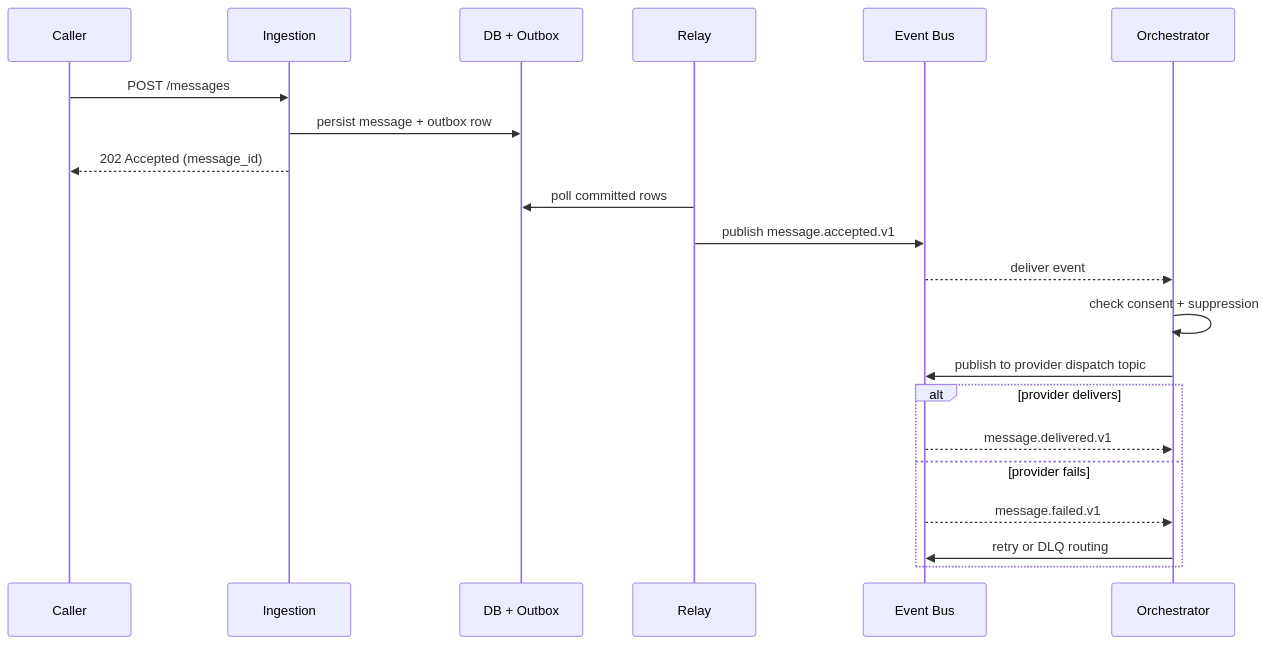
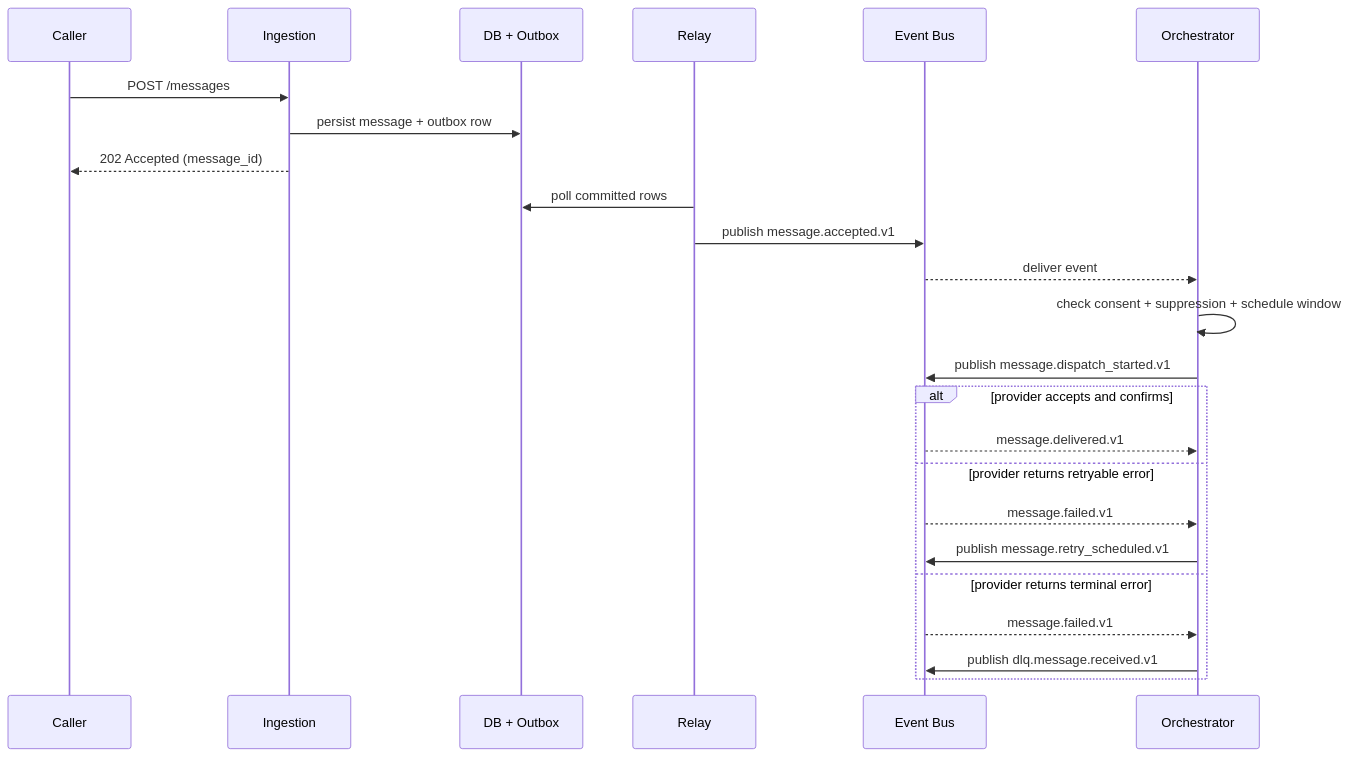
The diagram in Messaging and Notification Platform/analysis/event-catalog.md (0Ankit0/Project-Ideas), drawn with Mermaid before and after one commit. The commit also changed other lines of this file and 19 other files, not shown here.

````diff
--- a/Messaging and Notification Platform/analysis/event-catalog.md
+++ b/Messaging and Notification Platform/analysis/event-catalog.md
@@ -28,24 +42,27 @@
 ```mermaid
 sequenceDiagram
     participant Caller
     participant Ingestion
     participant Outbox as DB + Outbox
     participant Relay
     participant Bus as Event Bus
     participant Orchestrator
 
     Caller->>Ingestion: POST /messages
     Ingestion->>Outbox: persist message + outbox row
     Ingestion-->>Caller: 202 Accepted (message_id)
     Relay->>Outbox: poll committed rows
     Relay->>Bus: publish message.accepted.v1
     Bus-->>Orchestrator: deliver event
-    Orchestrator->>Orchestrator: check consent + suppression
-    Orchestrator->>Bus: publish to provider dispatch topic
-    alt provider delivers
+    Orchestrator->>Orchestrator: check consent + suppression + schedule window
+    Orchestrator->>Bus: publish message.dispatch_started.v1
+    alt provider accepts and confirms
         Bus-->>Orchestrator: message.delivered.v1
-    else provider fails
+    else provider returns retryable error
         Bus-->>Orchestrator: message.failed.v1
-        Orchestrator->>Bus: retry or DLQ routing
+        Orchestrator->>Bus: publish message.retry_scheduled.v1
+    else provider returns terminal error
+        Bus-->>Orchestrator: message.failed.v1
+        Orchestrator->>Bus: publish dlq.message.received.v1
     end
 ```
````
